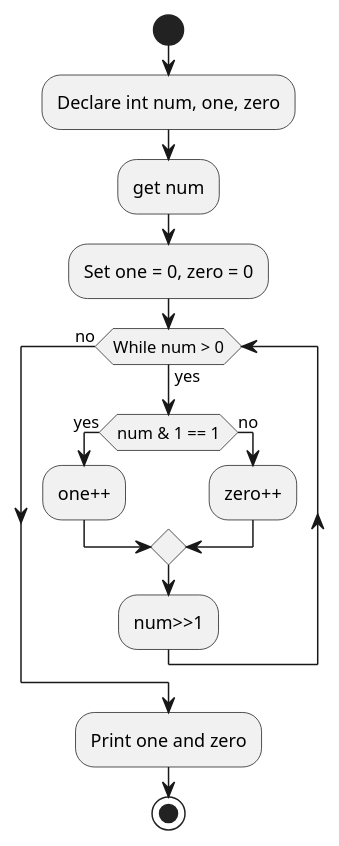
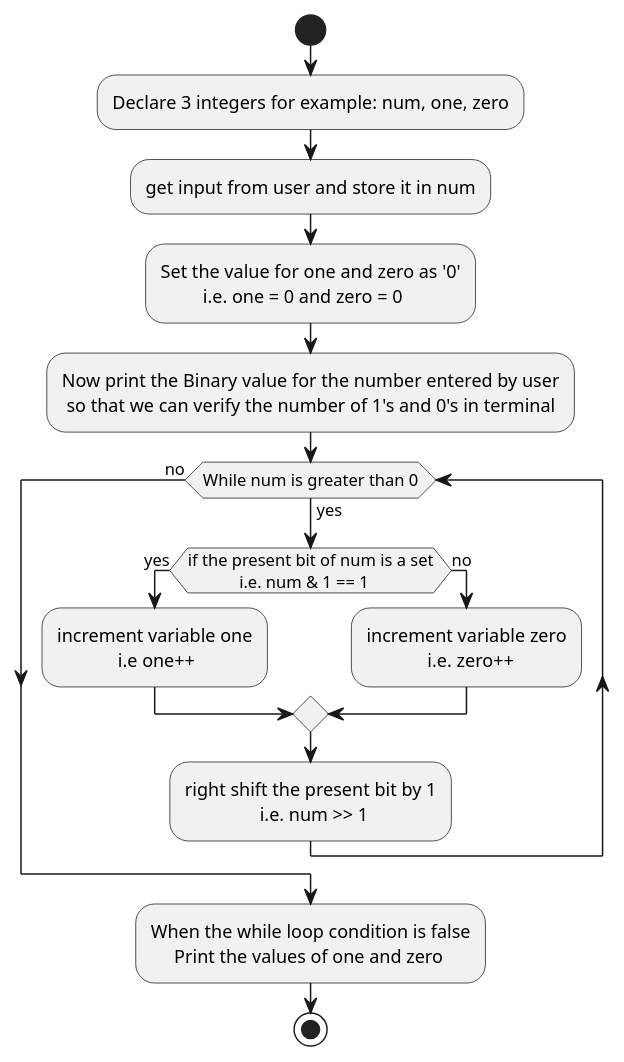
The diagram in assets/Binary-Zeros-Ones-of-Decimal-Number.plantuml (Pranau-R/Binary-Zeros-Ones-of-Decimal-Number), drawn with PlantUML before and after one commit. The commit also changed 1 other file, not shown here.

```diff
--- a/assets/Binary-Zeros-Ones-of-Decimal-Number.plantuml
+++ b/assets/Binary-Zeros-Ones-of-Decimal-Number.plantuml
@@ -1,20 +1,27 @@
 @startuml
 
 start
 
-:Declare int num, one, zero;
-:get num;
-:Set one = 0, zero = 0;
-while (While num > 0) is (yes)
-    if (num & 1 == 1) then (yes)
-    :one++;
+:Declare 3 integers for example: num, one, zero;
+:get input from user and store it in num;
+:Set the value for one and zero as '0'
+         i.e. one = 0 and zero = 0;
+:Now print the Binary value for the number entered by user
+ so that we can verify the number of 1's and 0's in terminal;
+while (While num is greater than 0) is (yes)
+    if (if the present bit of num is a set\n            i.e. num & 1 == 1) then (yes)
+    :increment variable one
+                 i.e one++;
     else (no)
-    :zero++;
+    :increment variable zero
+                 i.e. zero++;
     endif
-:num>>1;
+:right shift the present bit by 1
+                i.e. num >> 1;
 endwhile (no)
-:Print one and zero;
+:When the while loop condition is false
+     Print the values of one and zero;
 
 stop
 
 @enduml
```
